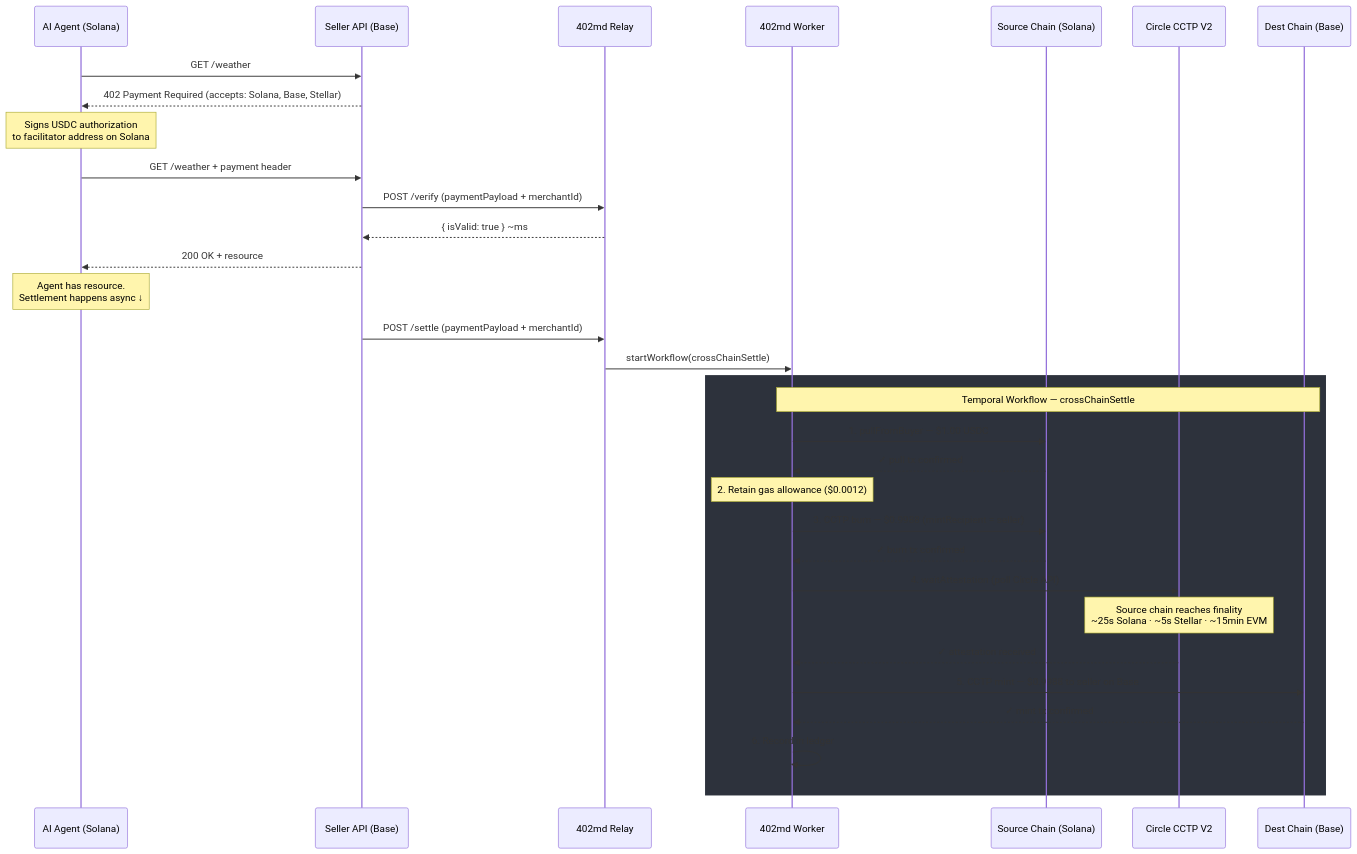
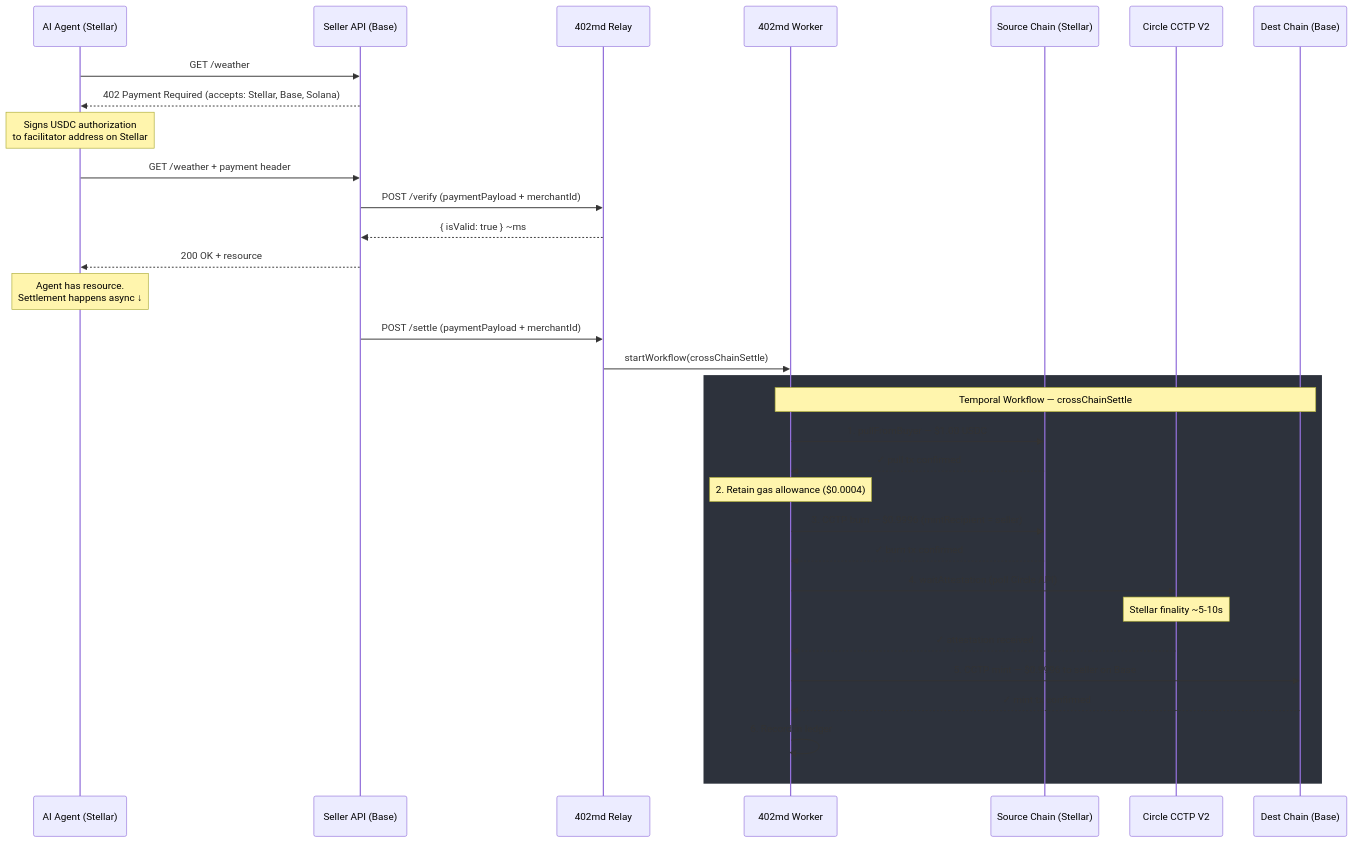
Before and after one commit to 402md/facilitator: the third of 5 diagrams in README.md, drawn with Mermaid. The commit also changed other lines of this file, not shown here.

Commit message:
docs: rewrite readme with before/after problem diagram, stellar examples, and flow context

````diff
--- a/README.md
+++ b/README.md
@@ -41,40 +56,40 @@
 ```mermaid
 sequenceDiagram
-    participant Agent as AI Agent (Solana)
+    participant Agent as AI Agent (Stellar)
     participant Seller as Seller API (Base)
     participant Relay as 402md Relay
     participant Worker as 402md Worker
-    participant Source as Source Chain (Solana)
+    participant Source as Source Chain (Stellar)
     participant CCTP as Circle CCTP V2
     participant Dest as Dest Chain (Base)
 
     Agent->>Seller: GET /weather
-    Seller-->>Agent: 402 Payment Required (accepts: Solana, Base, Stellar)
+    Seller-->>Agent: 402 Payment Required (accepts: Stellar, Base, Solana)
 
-    Note over Agent: Signs USDC authorization<br/>to facilitator address on Solana
+    Note over Agent: Signs USDC authorization<br/>to facilitator address on Stellar
 
     Agent->>Seller: GET /weather + payment header
     Seller->>Relay: POST /verify (paymentPayload + merchantId)
     Relay-->>Seller: { isValid: true } ~ms
     Seller-->>Agent: 200 OK + resource
 
     Note over Agent: Agent has resource.<br/>Settlement happens async ↓
 
     Seller->>Relay: POST /settle (paymentPayload + merchantId)
     Relay->>Worker: startWorkflow(crossChainSettle)
 
     rect rgb(45, 50, 60)
         Note over Worker,Dest: Temporal Workflow — crossChainSettle
         Worker->>Source: 1. pullFromBuyer — $1.00 USDC
         Source-->>Worker: ✓ pull tx confirmed
-        Note over Worker: 2. Retain gas allowance ($0.0012)
-        Worker->>Source: 3. CCTP burn — $0.9988 (mintRecipient = seller)
+        Note over Worker: 2. Retain gas allowance ($0.0004)
+        Worker->>Source: 3. CCTP burn — $0.9996 (mintRecipient = seller)
         Source-->>Worker: ✓ burn tx confirmed
         Worker->>CCTP: 4. waitAttestation (poll Circle API)
-        Note over CCTP: Source chain reaches finality<br/>~25s Solana · ~5s Stellar · ~15min EVM
+        Note over CCTP: Stellar finality ~5-10s
         CCTP-->>Worker: ✓ attestation received
-        Worker->>Dest: 5. CCTP mint — $0.9988 to seller on Base
+        Worker->>Dest: 5. CCTP mint — $0.9996 to seller on Base
         Dest-->>Worker: ✓ mint tx confirmed
         Worker->>Worker: 6. Record in ledger
     end
 ```
````
